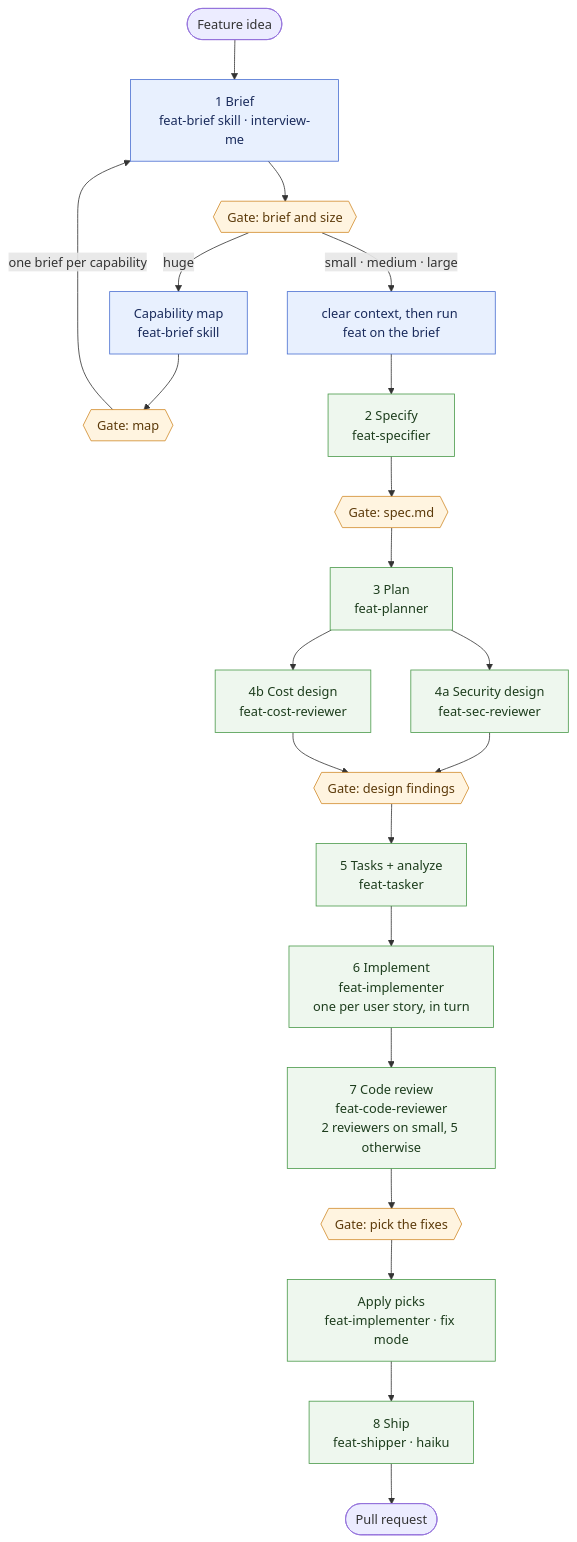
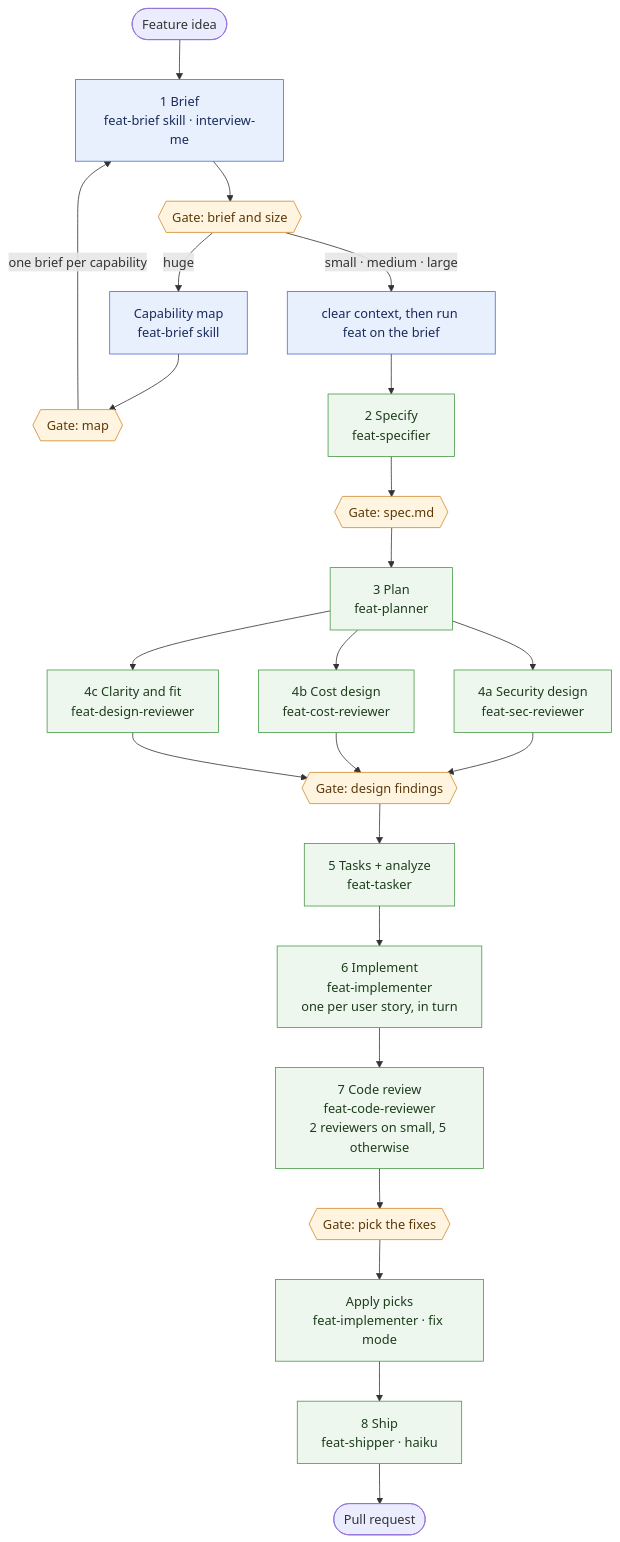
The diagram in README.md (pdemagny/feat-agent), drawn with Mermaid before and after one commit. The commit also changed other lines of this file and 9 other files, not shown here.

Commit message:
feat(feat): add a fresh-reader design reviewer to phase 4

````diff
--- a/README.md
+++ b/README.md
@@ -18,30 +18,32 @@
 ```mermaid
 flowchart TD
     idea([Feature idea]) --> P1["1 Brief<br/>feat-brief skill · interview-me"]
     P1 --> G1{{"Gate: brief and size"}}
     G1 -- huge --> MAP["Capability map<br/>feat-brief skill"]
     MAP --> GM{{"Gate: map"}}
     GM -- "one brief per capability" --> P1
     G1 -- "small · medium · large" --> CLR["clear context, then run feat on the brief"]
     CLR --> P2["2 Specify<br/>feat-specifier"]
     P2 --> G2{{"Gate: spec.md"}}
     G2 --> P3["3 Plan<br/>feat-planner"]
     P3 --> P4a["4a Security design<br/>feat-sec-reviewer"]
     P3 --> P4b["4b Cost design<br/>feat-cost-reviewer"]
+    P3 --> P4c["4c Clarity and fit<br/>feat-design-reviewer"]
     P4a --> G4{{"Gate: design findings"}}
     P4b --> G4
+    P4c --> G4
     G4 --> P5["5 Tasks + analyze<br/>feat-tasker"]
     P5 --> P6["6 Implement<br/>feat-implementer<br/>one per user story, in turn"]
     P6 --> P7["7 Code review<br/>feat-code-reviewer<br/>2 reviewers on small, 5 otherwise"]
     P7 --> G7{{"Gate: pick the fixes"}}
     G7 --> P7f["Apply picks<br/>feat-implementer · fix mode"]
     P7f --> P8["8 Ship<br/>feat-shipper · haiku"]
     P8 --> PR([Pull request])
 
     classDef you fill:#e8f0fe,stroke:#4a6fd1,color:#1a2b5c
     classDef agent fill:#eef7ee,stroke:#4a9a4a,color:#1d3d1d
     classDef gate fill:#fff4e0,stroke:#d18b2a,color:#5c3a0a
     class P1,MAP,CLR you
-    class P2,P3,P4a,P4b,P5,P6,P7,P7f,P8 agent
+    class P2,P3,P4a,P4b,P4c,P5,P6,P7,P7f,P8 agent
     class G1,GM,G2,G4,G7 gate
 ```
````
